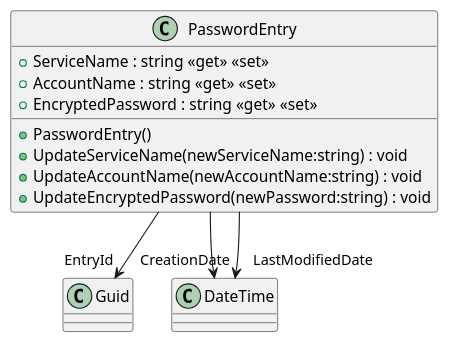
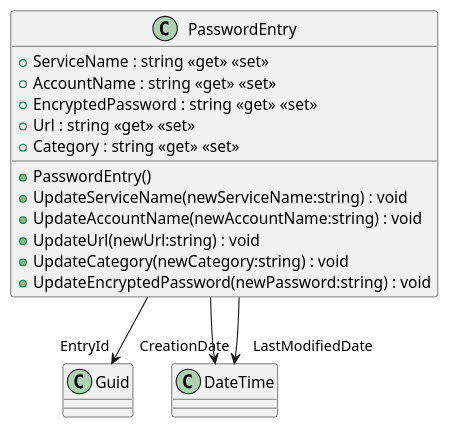
Before and after one commit to BeierKevin/KeyVaultCLI: the diagram in uml/src/KeyVaultCli.Domain/Entities/PasswordEntry.puml, drawn with PlantUML. The commit also changed 9 other files, not shown here.

```diff
--- a/uml/src/KeyVaultCli.Domain/Entities/PasswordEntry.puml
+++ b/uml/src/KeyVaultCli.Domain/Entities/PasswordEntry.puml
@@ -1,14 +1,18 @@
 @startuml
 class PasswordEntry {
     + ServiceName : string <<get>> <<set>>
     + AccountName : string <<get>> <<set>>
     + EncryptedPassword : string <<get>> <<set>>
+    + Url : string <<get>> <<set>>
+    + Category : string <<get>> <<set>>
     + PasswordEntry()
     + UpdateServiceName(newServiceName:string) : void
     + UpdateAccountName(newAccountName:string) : void
+    + UpdateUrl(newUrl:string) : void
+    + UpdateCategory(newCategory:string) : void
     + UpdateEncryptedPassword(newPassword:string) : void
 }
 PasswordEntry --> "EntryId" Guid
 PasswordEntry --> "CreationDate" DateTime
 PasswordEntry --> "LastModifiedDate" DateTime
 @enduml
```
